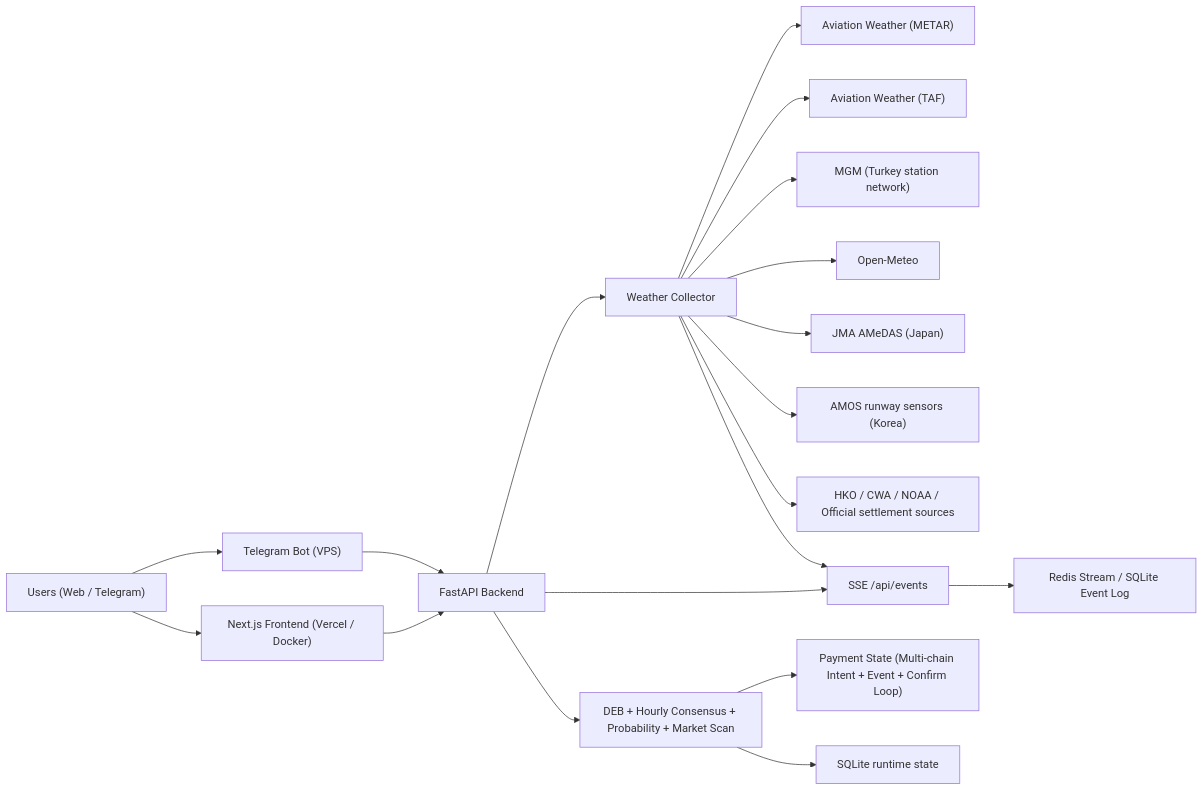
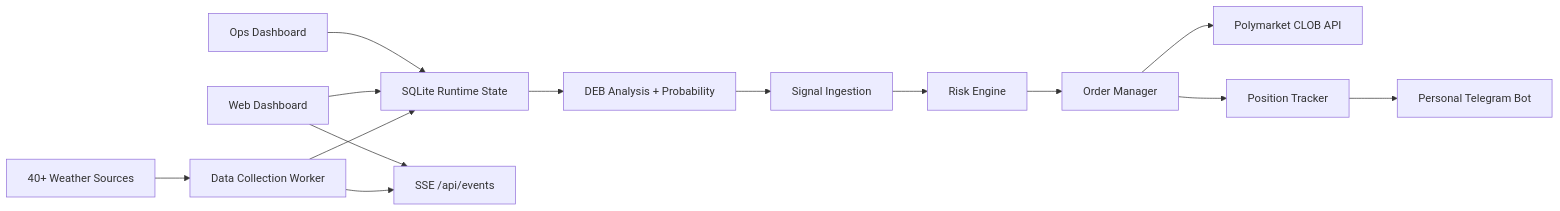
One commit to abhiram-k-2223/PolyWeather changed the diagram in README.md. Above: the diagram before and after it, drawn with Mermaid. The commit also changed other lines of this file, not shown here.

First line of the commit message:
docs: rebrand README from PolyWeather Pro to PolyWeather trading engine

````diff
--- a/README.md
+++ b/README.md
@@ -66,23 +23,21 @@
 ```mermaid
 flowchart LR
-    U["Users (Web / Telegram)"] --> FE["Next.js Frontend (Vercel / Docker)"]
-    U --> BOT["Telegram Bot (VPS)"]
-    FE --> API["FastAPI Backend"]
-    BOT --> API
+    O["40+ Weather Sources"] --> DC["Data Collection Worker"]
+    DC --> DB["SQLite Runtime State"]
+    DC --> SSE["SSE /api/events"]
 
-    API --> WX["Weather Collector"]
-    WX --> METAR["Aviation Weather (METAR)"]
-    WX --> TAF["Aviation Weather (TAF)"]
-    WX --> MGM["MGM (Turkey station network)"]
-    WX --> OM["Open-Meteo"]
-    WX --> JMA["JMA AMeDAS (Japan)"]
-    WX --> AMOS["AMOS runway sensors (Korea)"]
-    WX --> HKO["HKO / CWA / NOAA / Official settlement sources"]
+    DB --> ANA["DEB Analysis + Probability"]
+    ANA --> SIG["Signal Ingestion"]
 
-    API --> ANA["DEB + Hourly Consensus + Probability + Market Scan"]
-    API --> SSE["SSE /api/events"]
-    WX --> SSE
-    SSE --> EVENT["Redis Stream / SQLite Event Log"]
-    ANA --> PAY["Payment State (Multi-chain Intent + Event + Confirm Loop)"]
-    ANA --> STATE["SQLite runtime state"]
+    SIG --> RISK["Risk Engine"]
+    RISK --> OM["Order Manager"]
+    OM --> CLOB["Polymarket CLOB API"]
+
+    OM --> PT["Position Tracker"]
+    PT --> BOT["Personal Telegram Bot"]
+
+    WEB["Web Dashboard"] --> DB
+    WEB --> SSE
+
+    OPS["Ops Dashboard"] --> DB
 ```
````
